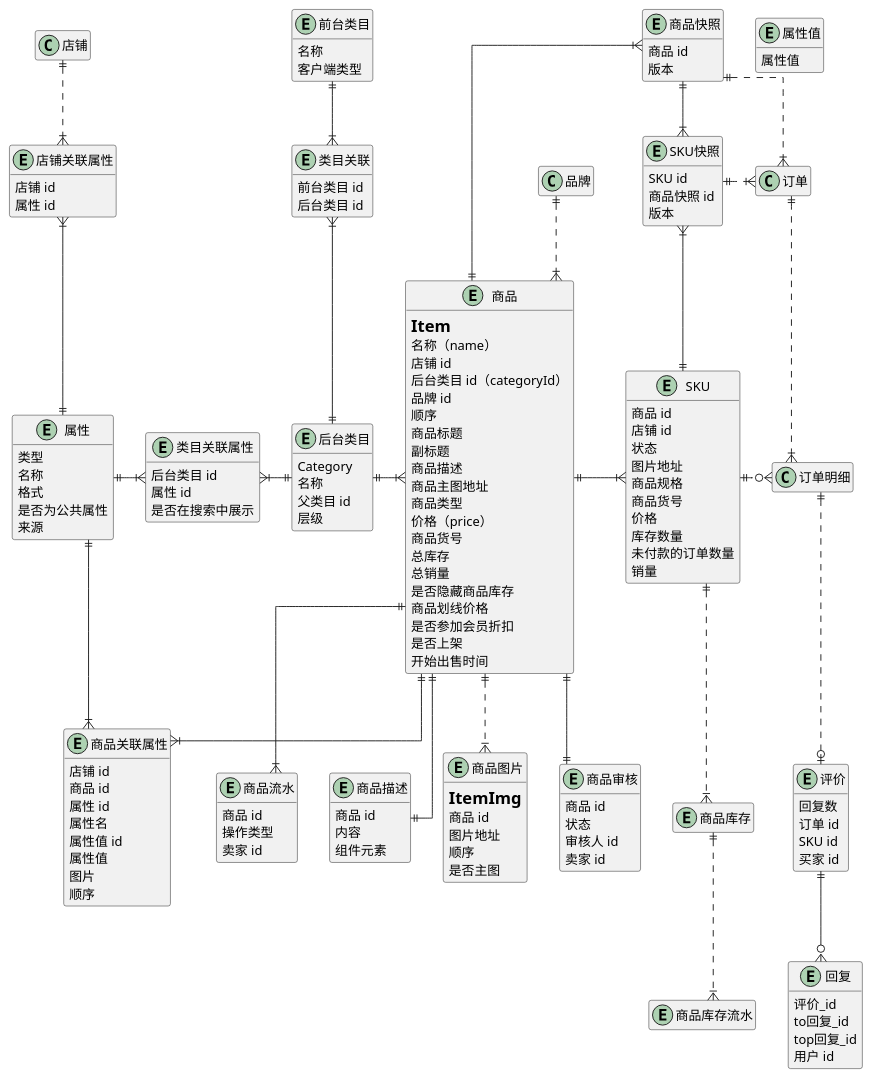
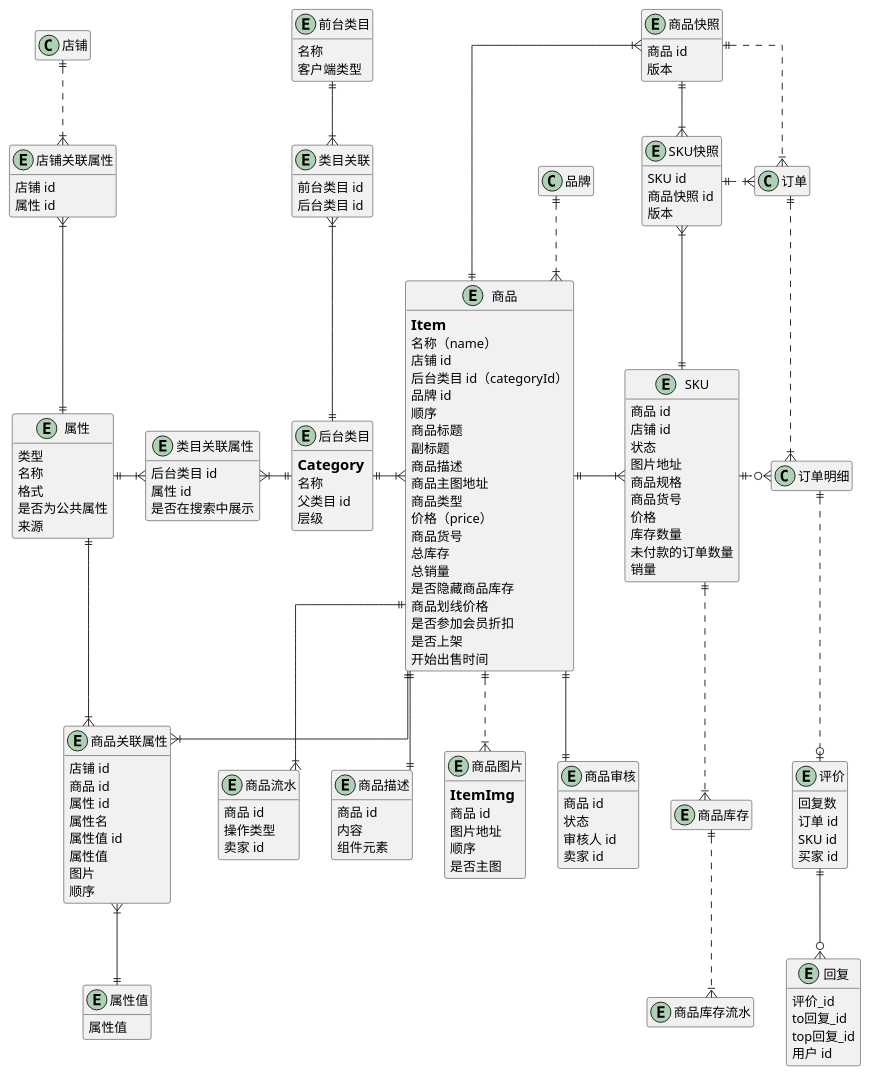
Before and after one commit to awesomecat2020/mock-mall: the diagram in doc/商品.puml, drawn with PlantUML. The commit also changed 1 other file, not shown here.

Commit message:
uml adjust

```diff
--- a/doc/商品.puml
+++ b/doc/商品.puml
@@ -4,7 +4,7 @@
 
 ' ==================== 商品 ====================
 entity 商品 {
-=Item
+==Item
     名称（name）
     店铺 id
     后台类目 id（categoryId）
@@ -53,7 +53,7 @@
 ' 如果类目下挂载有商品，就不能删除或作废。
 ' 层次一般三层或四层，商品必须挂载于叶子类目下。
 entity 后台类目 {
-Category
+==Category
     名称
     父类目 id
     层级
@@ -89,7 +89,7 @@
     组件元素
 }
 entity 商品图片 {
-=ItemImg
+==ItemImg
     商品 id
     图片地址
     顺序
@@ -162,7 +162,7 @@
     ' 系统生成/商家自定义
     来源
 }
-' 类目自带属性
+' 类目自带默认属性，既有非关键属性，也有销售属性
 entity 类目关联属性 {
     后台类目 id
     属性 id
@@ -192,6 +192,7 @@
 类目关联属性 }|-|| 后台类目
 属性 ||--|{ 商品关联属性
 商品 ||--|{ 商品关联属性
+属性值 ||-u-|{ 商品关联属性
 店铺 ||..|{ 店铺关联属性
 店铺关联属性 }|--|| 属性
 
```
